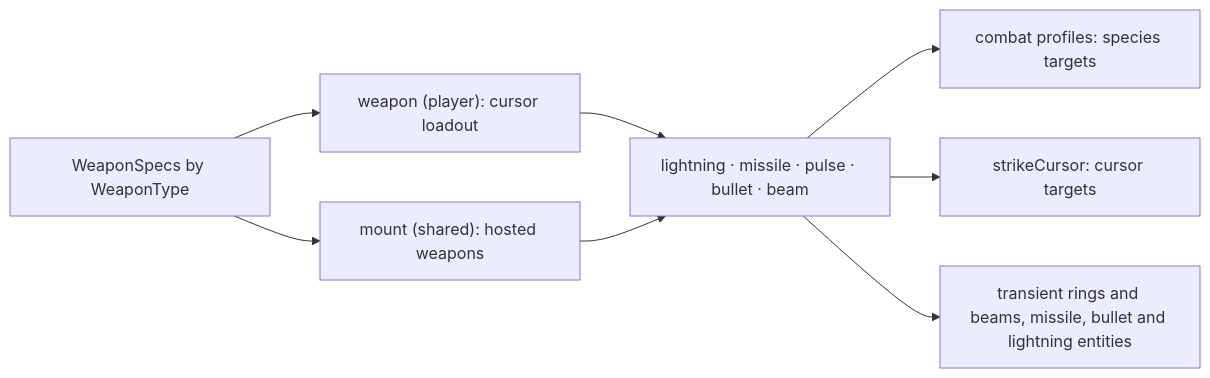
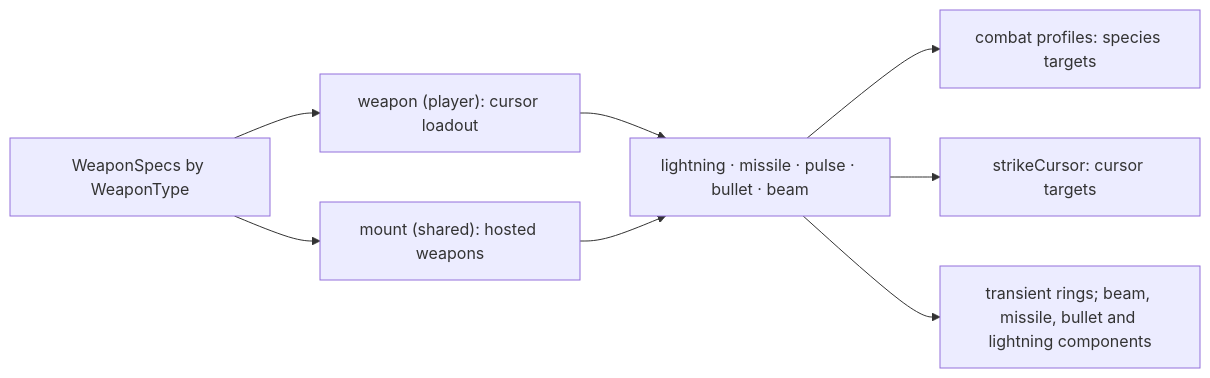
Before and after one commit to lixenwraith/vi-fighter: the diagram in doc/combat.md, drawn with Mermaid. The commit also changed other lines of this file and 27 other files, not shown here.

````diff
--- a/doc/combat.md
+++ b/doc/combat.md
@@ -29,10 +29,10 @@
 ```mermaid
 flowchart LR
     Spec["WeaponSpecs by WeaponType"] --> Weapon["weapon (player): cursor loadout"]
     Spec --> Mount["mount (shared): hosted weapons"]
     Weapon --> Delivery["lightning · missile · pulse · bullet · beam"]
     Mount --> Delivery
     Delivery --> Combat["combat profiles: species targets"]
     Delivery --> Strike["strikeCursor: cursor targets"]
-    Delivery --> Transient["transient rings and beams, missile, bullet and lightning entities"]
+    Delivery --> Presented["transient rings; beam, missile, bullet and lightning components"]
 ```
````
